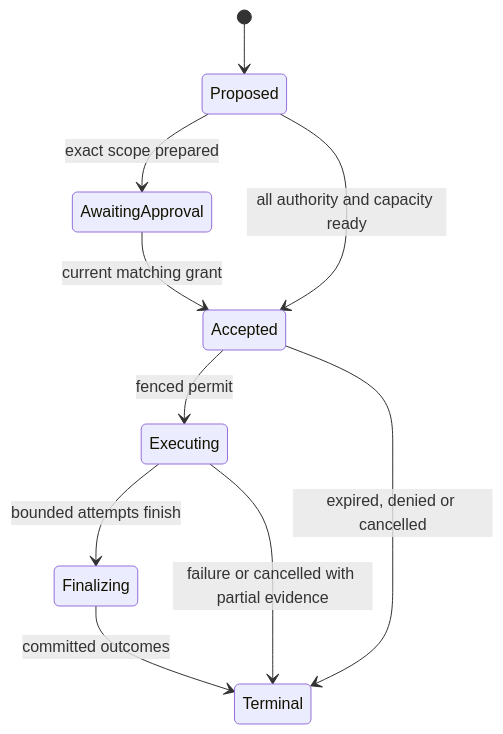
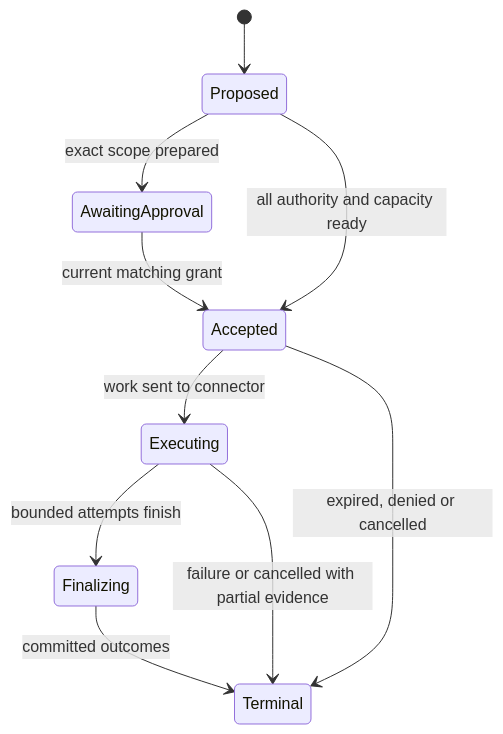
Before and after one commit to phihos/asservat: the third of 3 diagrams in docs/domain/README.md, drawn with Mermaid. The commit also changed other lines of this file and 590 other files, not shown here.

````diff
--- a/docs/domain/README.md
+++ b/docs/domain/README.md
@@ -92,12 +92,12 @@
 ```mermaid
 stateDiagram-v2
   [*] --> Proposed
   Proposed --> AwaitingApproval: exact scope prepared
   Proposed --> Accepted: all authority and capacity ready
   AwaitingApproval --> Accepted: current matching grant
-  Accepted --> Executing: fenced permit
+  Accepted --> Executing: work sent to connector
   Executing --> Finalizing: bounded attempts finish
   Finalizing --> Terminal: committed outcomes
   Accepted --> Terminal: expired, denied or cancelled
   Executing --> Terminal: failure or cancelled with partial evidence
 ```
````
